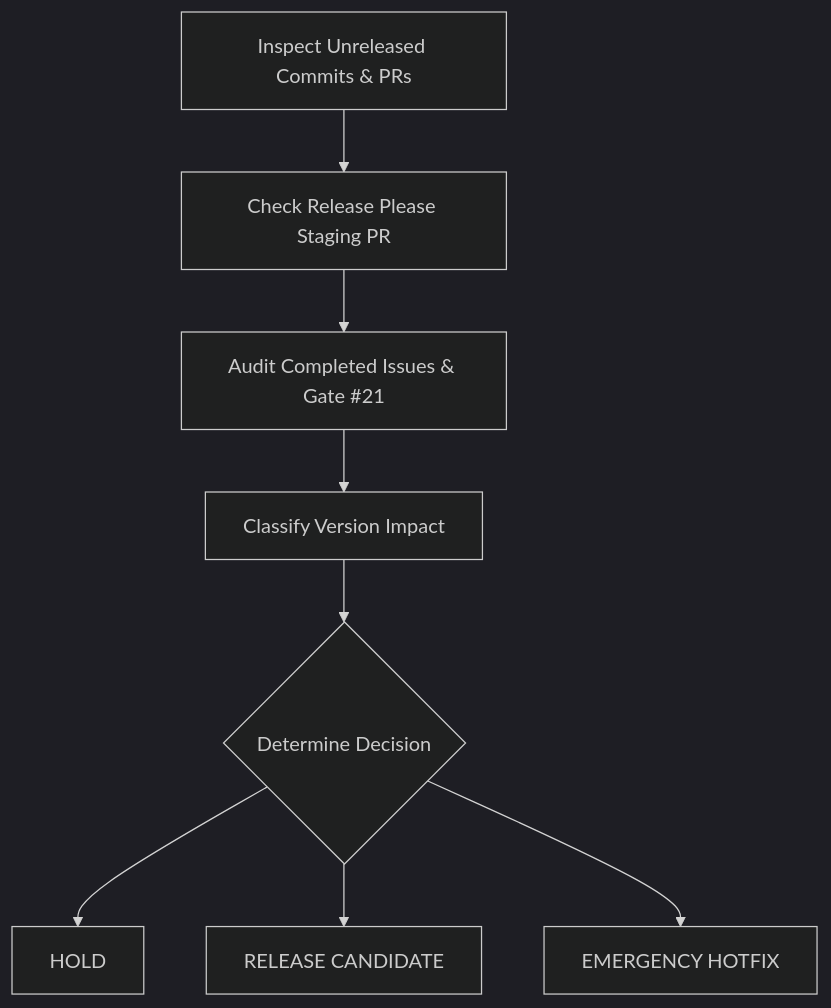
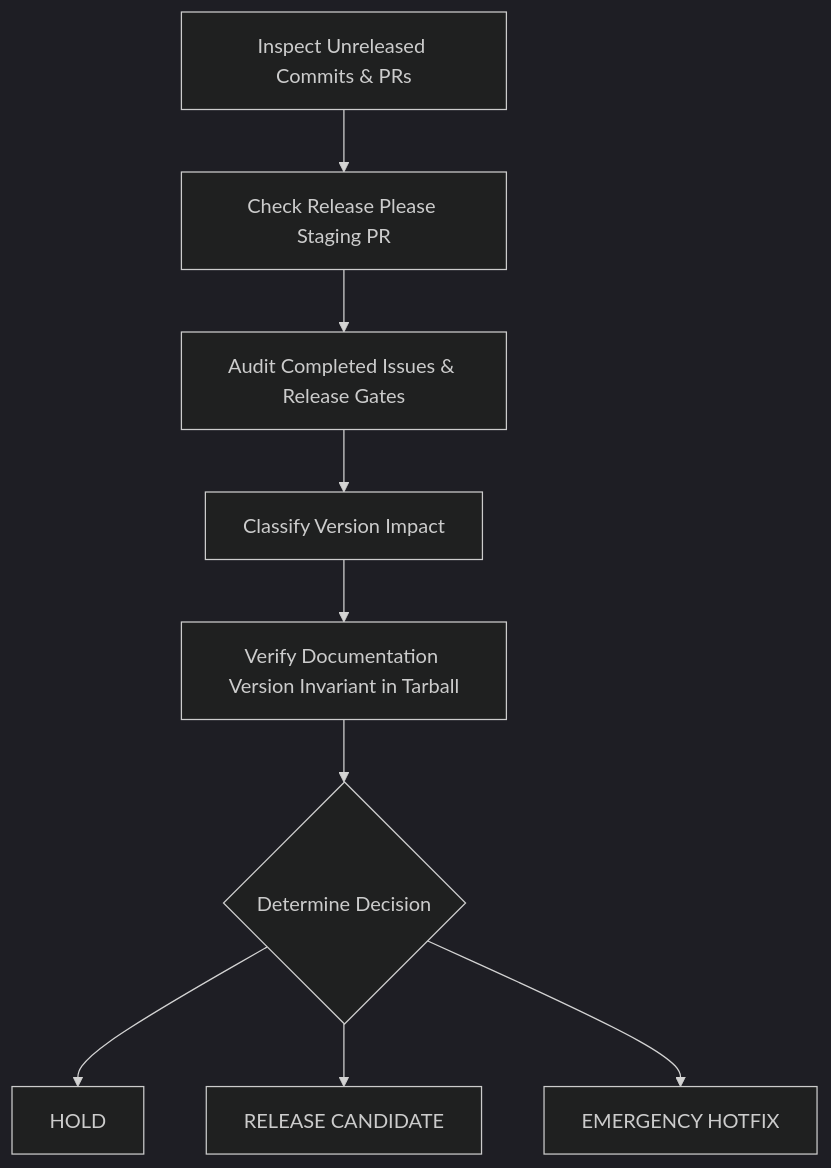
Before and after one commit to TDamiao/ta-crypto: the diagram in .agents/skills/ta-release-governance/SKILL.md, drawn with Mermaid (dark theme). The commit also changed other lines of this file and 2 other files, not shown here.

First line of the commit message:
security(release): make npm publishing OIDC-only and harden release governance (#62)

````diff
--- a/.agents/skills/ta-release-governance/SKILL.md
+++ b/.agents/skills/ta-release-governance/SKILL.md
@@ -25,10 +26,11 @@
 ```mermaid
 graph TD
     A[Inspect Unreleased Commits & PRs] --> B[Check Release Please Staging PR]
-    B --> C[Audit Completed Issues & Gate #21]
+    B --> C[Audit Completed Issues & Release Gates]
     C --> D[Classify Version Impact]
-    D --> E{Determine Decision}
-    E --> F[HOLD]
-    E --> G[RELEASE CANDIDATE]
-    E --> H[EMERGENCY HOTFIX]
+    D --> E[Verify Documentation Version Invariant in Tarball]
+    E --> F{Determine Decision}
+    F --> G[HOLD]
+    F --> H[RELEASE CANDIDATE]
+    F --> I[EMERGENCY HOTFIX]
 ```
````
